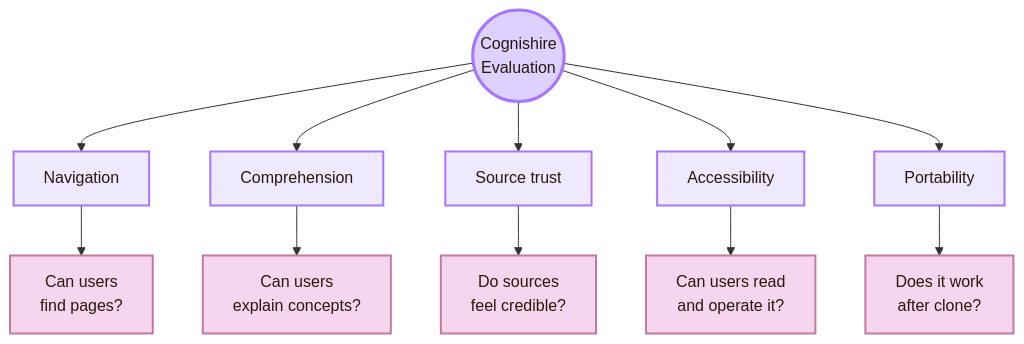
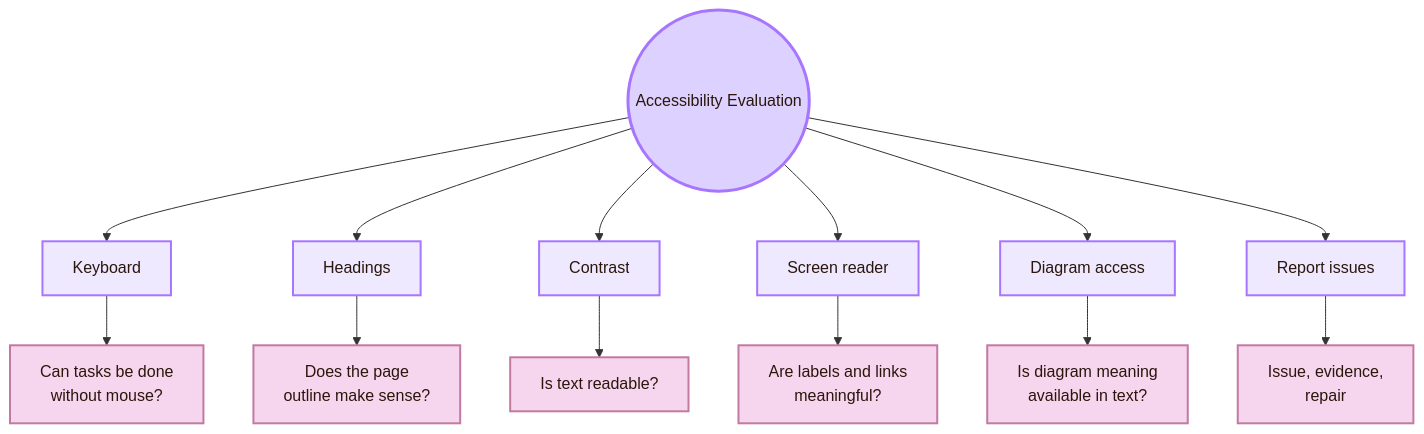
Before and after one commit to andreitegzes06-ui/CogniShire: the fifth of 5 diagrams in 01_Core_Area_HCI/001_Subareas/03_Evaluating_the_Design/Activities/Overview_Evaluating_Design_Cognishire_polished.md, drawn with Mermaid. The commit also changed other lines of this file and 131 other files, not shown here.

````diff
--- a/01_Core_Area_HCI/001_Subareas/03_Evaluating_the_Design/Activities/Overview_Evaluating_Design_Cognishire_polished.md
+++ b/01_Core_Area_HCI/001_Subareas/03_Evaluating_the_Design/Activities/Overview_Evaluating_Design_Cognishire_polished.md
@@ -422,24 +501,26 @@
 ```mermaid
 flowchart TB
-    A((Cognishire<br/>Evaluation))
+    A((Accessibility Evaluation))
 
-    A --> B[Navigation]
-    A --> C[Comprehension]
-    A --> D[Source trust]
-    A --> E[Accessibility]
-    A --> F[Portability]
+    A --> B[Keyboard]
+    A --> C[Headings]
+    A --> D[Contrast]
+    A --> E[Screen reader]
+    A --> F[Diagram access]
+    A --> G[Report issues]
 
-    B --> B1[Can users<br/>find pages?]
-    C --> C1[Can users<br/>explain concepts?]
-    D --> D1[Do sources<br/>feel credible?]
-    E --> E1[Can users read<br/>and operate it?]
-    F --> F1[Does it work<br/>after clone?]
+    B --> B1[Can tasks be done<br/>without mouse?]
+    C --> C1[Does the page<br/>outline make sense?]
+    D --> D1[Is text readable?]
+    E --> E1[Are labels and links<br/>meaningful?]
+    F --> F1[Is diagram meaning<br/>available in text?]
+    G --> G1[Issue, evidence,<br/>repair]
 
     classDef center fill:#ddd2ff,stroke:#a875ff,color:#2b160b,stroke-width:3px;
     classDef node fill:#eee9ff,stroke:#a875ff,color:#2b160b,stroke-width:2px;
     classDef detail fill:#f6d6ee,stroke:#c27aa2,color:#2b160b,stroke-width:2px;
 
     class A center;
-    class B,C,D,E,F node;
-    class B1,C1,D1,E1,F1 detail;
+    class B,C,D,E,F,G node;
+    class B1,C1,D1,E1,F1,G1 detail;
 ```
````
